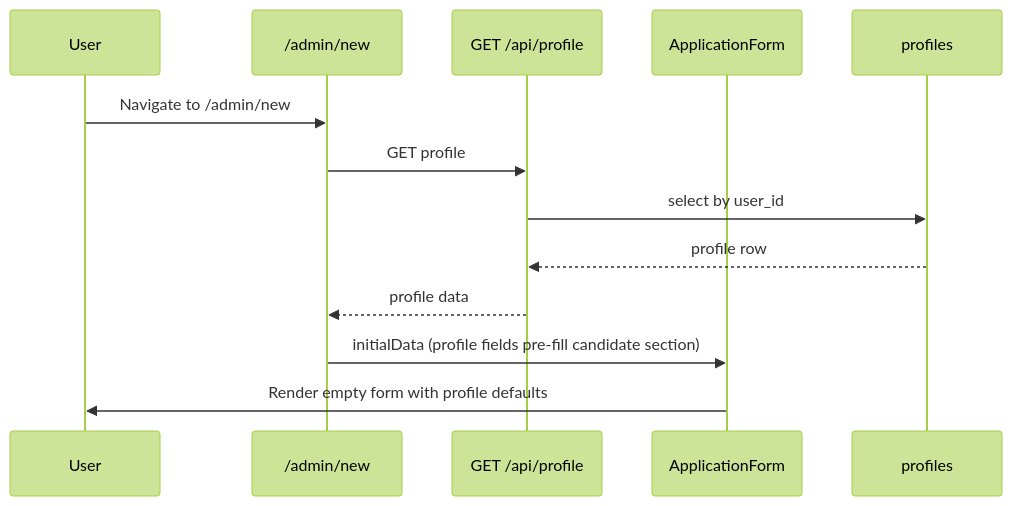
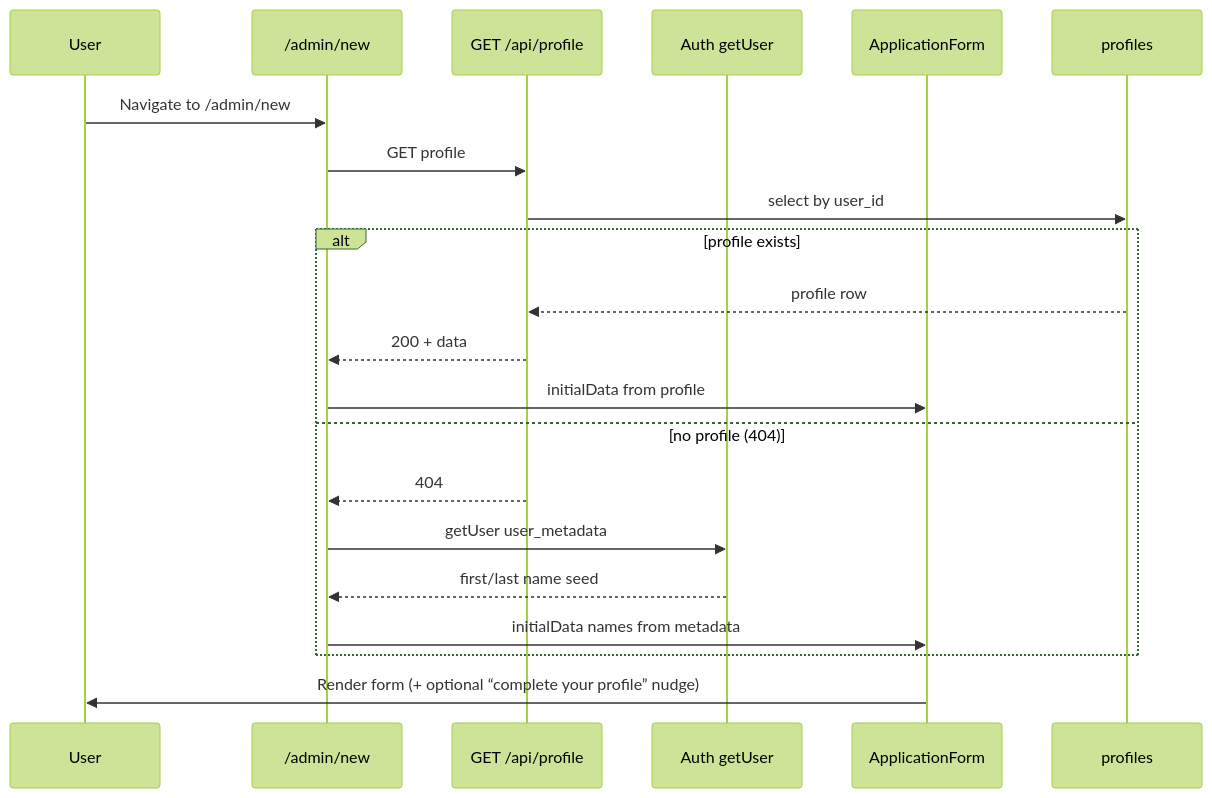
Before and after one commit to joan-gerard/my-hire-view: the fifth of 13 diagrams in docs/DATA_FLOW.md, drawn with Mermaid (forest theme). The commit also changed other lines of this file and 57 other files, not shown here.

````diff
--- a/docs/DATA_FLOW.md
+++ b/docs/DATA_FLOW.md
@@ -173,16 +179,24 @@
 ```mermaid
 sequenceDiagram
   participant U as User
   participant NewPage as /admin/new
   participant ProfileAPI as GET /api/profile
+  participant Auth as Auth getUser
   participant Form as ApplicationForm
   participant Profiles as profiles
 
   U->>NewPage: Navigate to /admin/new
   NewPage->>ProfileAPI: GET profile
   ProfileAPI->>Profiles: select by user_id
-  Profiles-->>ProfileAPI: profile row
-  ProfileAPI-->>NewPage: profile data
-  NewPage->>Form: initialData (profile fields pre-fill candidate section)
-  Form->>U: Render empty form with profile defaults
+  alt profile exists
+    Profiles-->>ProfileAPI: profile row
+    ProfileAPI-->>NewPage: 200 + data
+    NewPage->>Form: initialData from profile
+  else no profile (404)
+    ProfileAPI-->>NewPage: 404
+    NewPage->>Auth: getUser user_metadata
+    Auth-->>NewPage: first/last name seed
+    NewPage->>Form: initialData names from metadata
+  end
+  Form->>U: Render form (+ optional “complete your profile” nudge)
 ```
````
